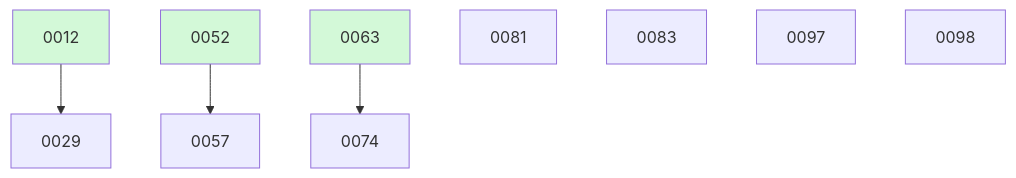
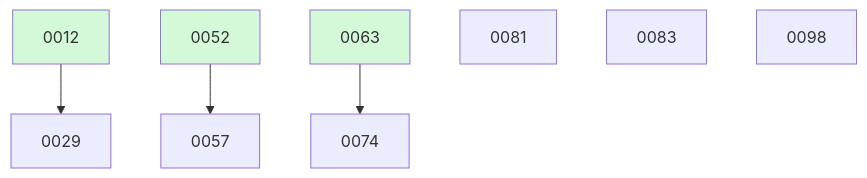
Before and after one commit to ethanhinson/fuse: the diagram in docs/changes/BOARD.md, drawn with Mermaid. The commit also changed other lines of this file and 1 other file, not shown here.

````diff
--- a/docs/changes/BOARD.md
+++ b/docs/changes/BOARD.md
@@ -27,14 +26,13 @@
 ```mermaid
 graph TD
   0012 --> 0029
   0052 --> 0057
   0063 --> 0074
   0081
   0083
-  0097
   0098
   0012:::done
   0052:::done
   0063:::done
   classDef done fill:#d3f9d8;
 ```
````
